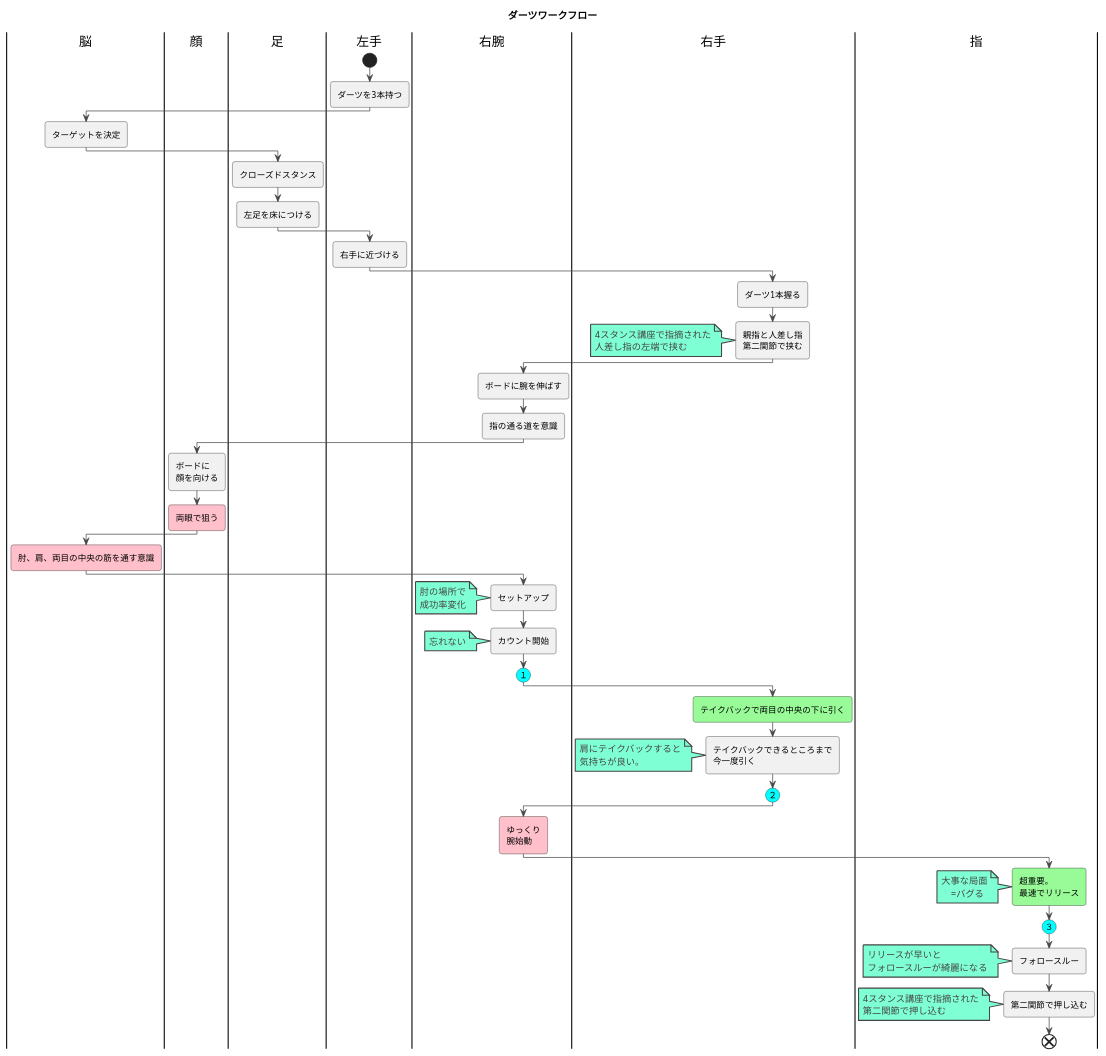
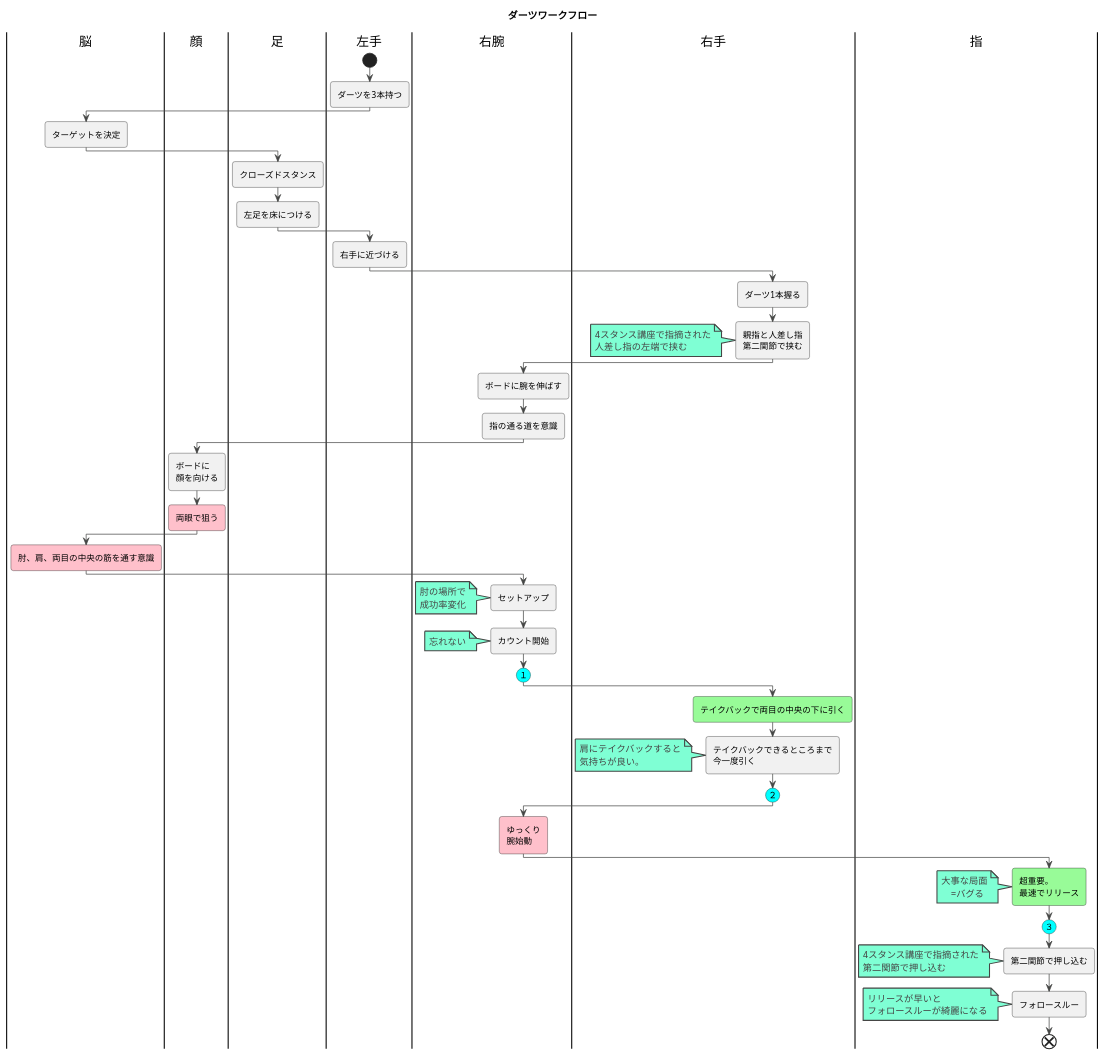
The diagram in dartsFlow.plantuml (darts-cloud/dartsFlow), drawn with PlantUML before and after one commit. The commit also changed other lines of this file, not shown here.

```diff
--- a/dartsFlow.plantuml
+++ b/dartsFlow.plantuml
@@ -1,130 +1,130 @@
 @startuml
 title ダーツワークフロー
 
 
 
 !theme vibrant
 
 |脳|
 |顔|
 |足|
 |左手|
 |右腕|
 |左手|
 start
 :ダーツを3本持つ;
 |脳|
 :ターゲットを決定;
 |足|
 :クローズドスタンス;
 :左足を床につける;
 /'
 ################
 ##pink:左足を右足よりも
 #後ろに下げる;
 ################
 '/
 
 |左手|
 :右手に近づける;
 |右手|
 :ダーツ1本握る;
 :親指と人差し指
 第二関節で挟む;
 note
   4スタンス講座で指摘された
   人差し指の左端で挟む
 end note
 
 |右腕|
 :ボードに腕を伸ばす;
 
 /'
 ################
 ##pink:腕を一番右側
 #まで伸ばす;
 ################
 '/
 :指の通る道を意識;
 |顔|
 :ボードに
 顔を向ける;
 #pink:両眼で狙う;
 |脳|
 #pink:肘、肩、両目の中央の筋を通す意識;
 |右腕|
 :セットアップ;
 /'
 ################
 ':60°ぐらいに構える;
 ################
 '/
 note
 肘の場所で
 成功率変化
 end note
 
 |右腕|
 :カウント開始;
 
 note
     忘れない
 end note
 
 
 #Aqua:(１)
 
 |右手|
 
 #palegreen:テイクバックで両目の中央の下に引く;
 
 :テイクバックできるところまで
 今一度引く;
 
 note
     肩にテイクバックすると
     気持ちが良い。
 end note
 
 #Aqua:(２)
 
 /'
 #pink:肘固定意識;
 note
     固定が甘い
     →飛ばない
 end note
 #pink:肘の裏側意識;
 note
     指の道が
     肘の左側
 end note
 '/
 
 |右腕|
 #pink:ゆっくり
 腕始動;
 |指|
 #palegreen:超重要。
 最速でリリース;
 note
     大事な局面
         =バグる 
 end note
 
 #Aqua:(３)
 
+:第二関節で押し込む;
+note
+  4スタンス講座で指摘された
+  第二関節で押し込む
+end note
 
 :フォロースルー;
 note
   リリースが早いと
   フォロースルーが綺麗になる
 end note
 
-:第二関節で押し込む;
-note
-  4スタンス講座で指摘された
-  第二関節で押し込む
-end note
 end
 @enduml
```
